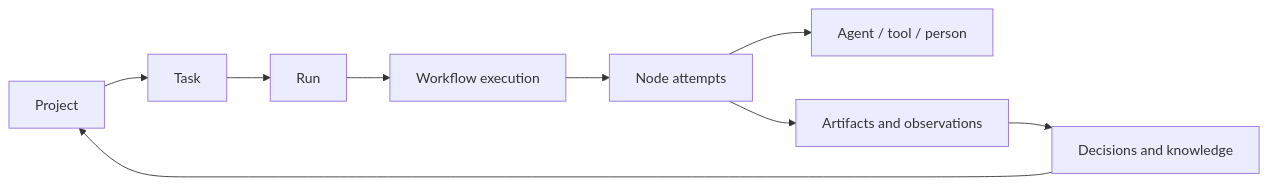
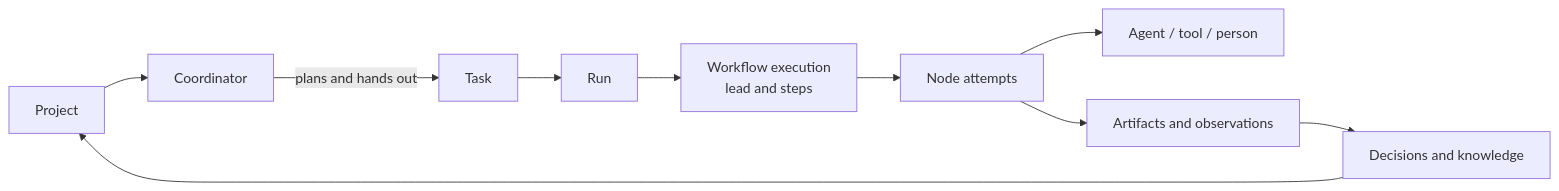
The first of 2 diagrams in docs/architecture/README.md (AltharIDE/althar), drawn with Mermaid before and after one commit. The commit also changed other lines of this file and 1 other file, not shown here.

First line of the commit message:
Add the coordinator, lead and steps to the concepts doc

````diff
--- a/docs/architecture/README.md
+++ b/docs/architecture/README.md
@@ -36,11 +36,12 @@
 ```mermaid
 flowchart LR
-    Project --> Task
+    Project --> Coordinator
+    Coordinator -->|"plans and hands out"| Task
     Task --> Run
-    Run --> Workflow["Workflow execution"]
+    Run --> Workflow["Workflow execution<br/>lead and steps"]
     Workflow --> Attempt["Node attempts"]
     Attempt --> Agent["Agent / tool / person"]
     Attempt --> Evidence["Artifacts and observations"]
     Evidence --> Record["Decisions and knowledge"]
     Record --> Project
 ```
````
